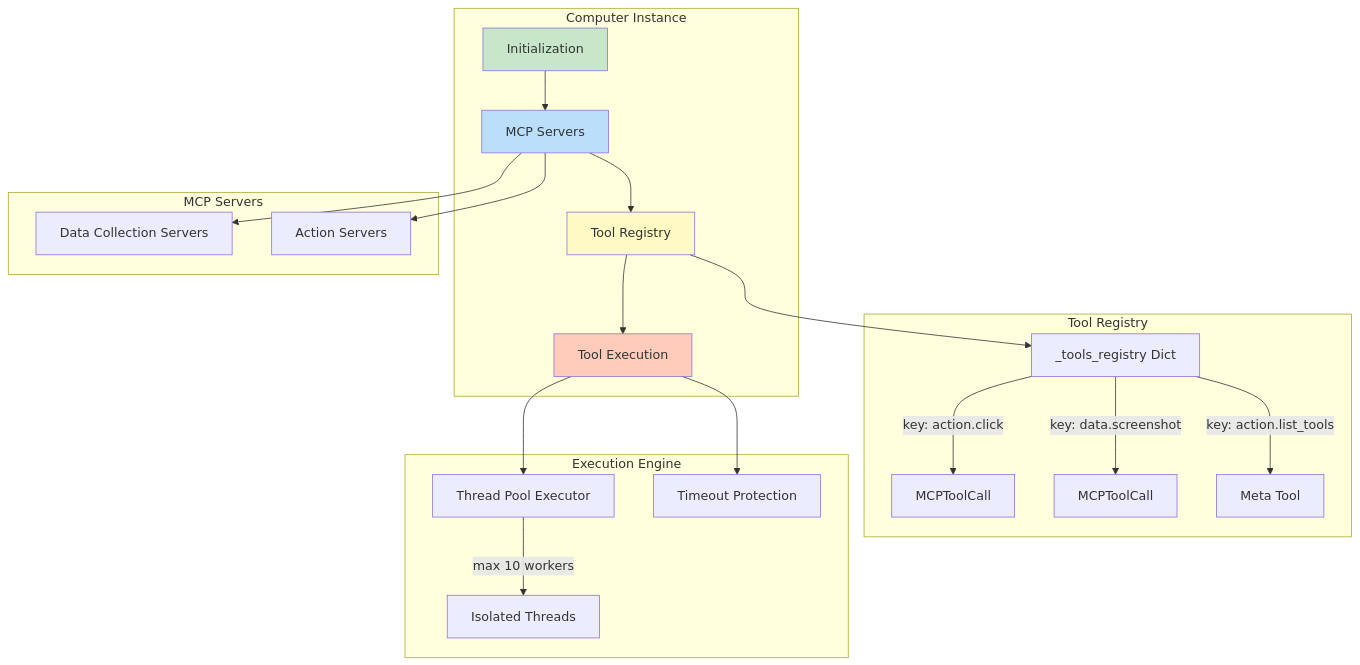
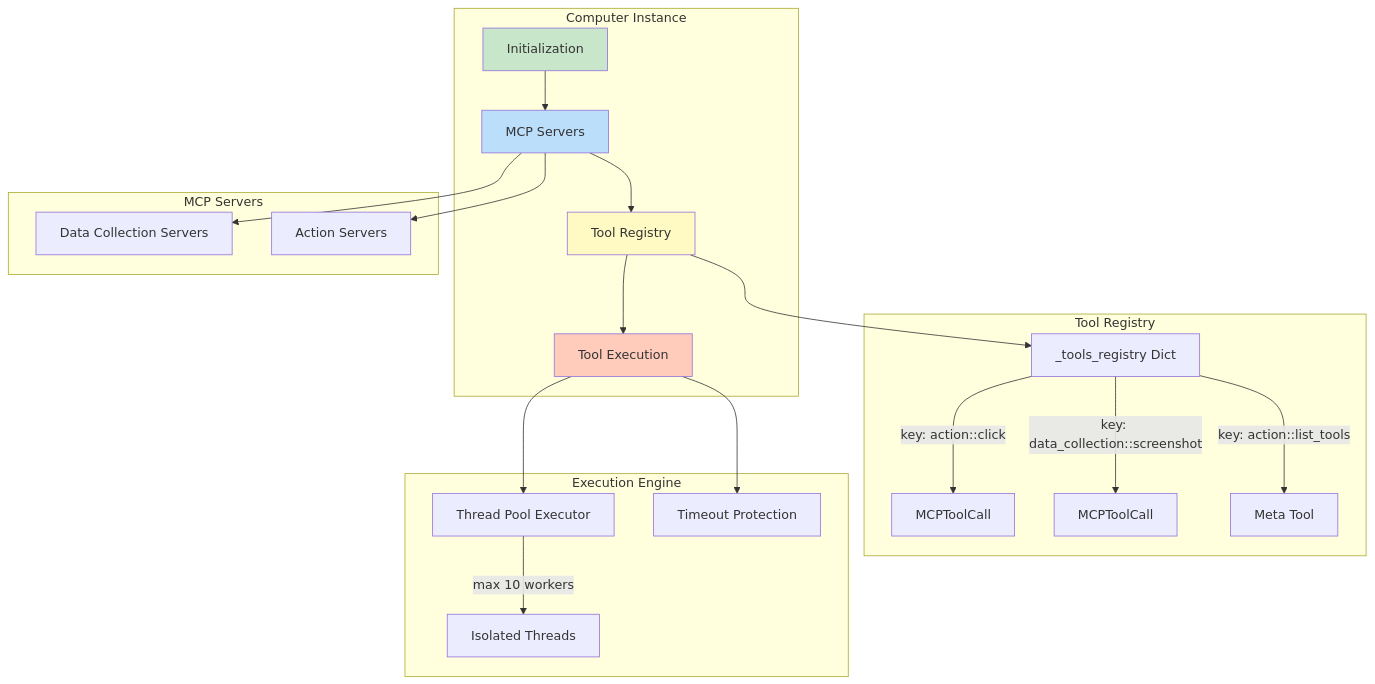
One commit to microsoft/UFO changed the third of 6 diagrams in documents/docs/client/computer_manager.md. Above: the diagram before and after it, drawn with Mermaid. The commit also changed other lines of this file and 7 other files, not shown here.

````diff
--- a/documents/docs/client/computer_manager.md
+++ b/documents/docs/client/computer_manager.md
@@ -118,36 +117,36 @@
 ```mermaid
 graph TB
     subgraph "Computer Instance"
         Init[Initialization]
         Servers[MCP Servers]
         Registry[Tool Registry]
         Execution[Tool Execution]
     end
     
     subgraph "MCP Servers"
         Servers --> DC[Data Collection Servers]
         Servers --> AS[Action Servers]
     end
     
     subgraph "Tool Registry"
         Registry --> TR[_tools_registry Dict]
-        TR -->|key: action.click| T1[MCPToolCall]
-        TR -->|key: data.screenshot| T2[MCPToolCall]
-        TR -->|key: action.list_tools| T3[Meta Tool]
+        TR -->|key: action::click| T1[MCPToolCall]
+        TR -->|key: data_collection::screenshot| T2[MCPToolCall]
+        TR -->|key: action::list_tools| T3[Meta Tool]
     end
     
     subgraph "Execution Engine"
         Execution --> TP[Thread Pool Executor]
         Execution --> TO[Timeout Protection]
         TP -->|max 10 workers| Threads[Isolated Threads]
     end
     
     Init --> Servers
     Servers --> Registry
     Registry --> Execution
     
     style Init fill:#c8e6c9
     style Servers fill:#bbdefb
     style Registry fill:#fff9c4
     style Execution fill:#ffccbc
 ```
````
